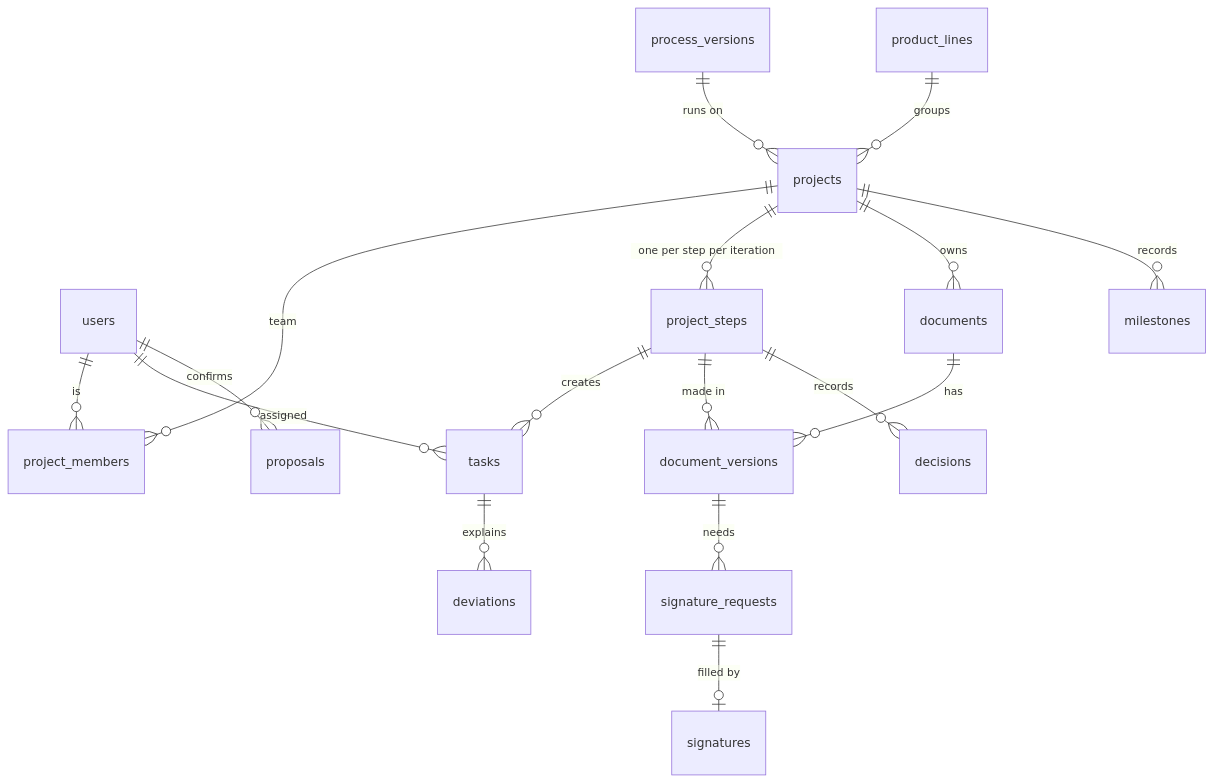
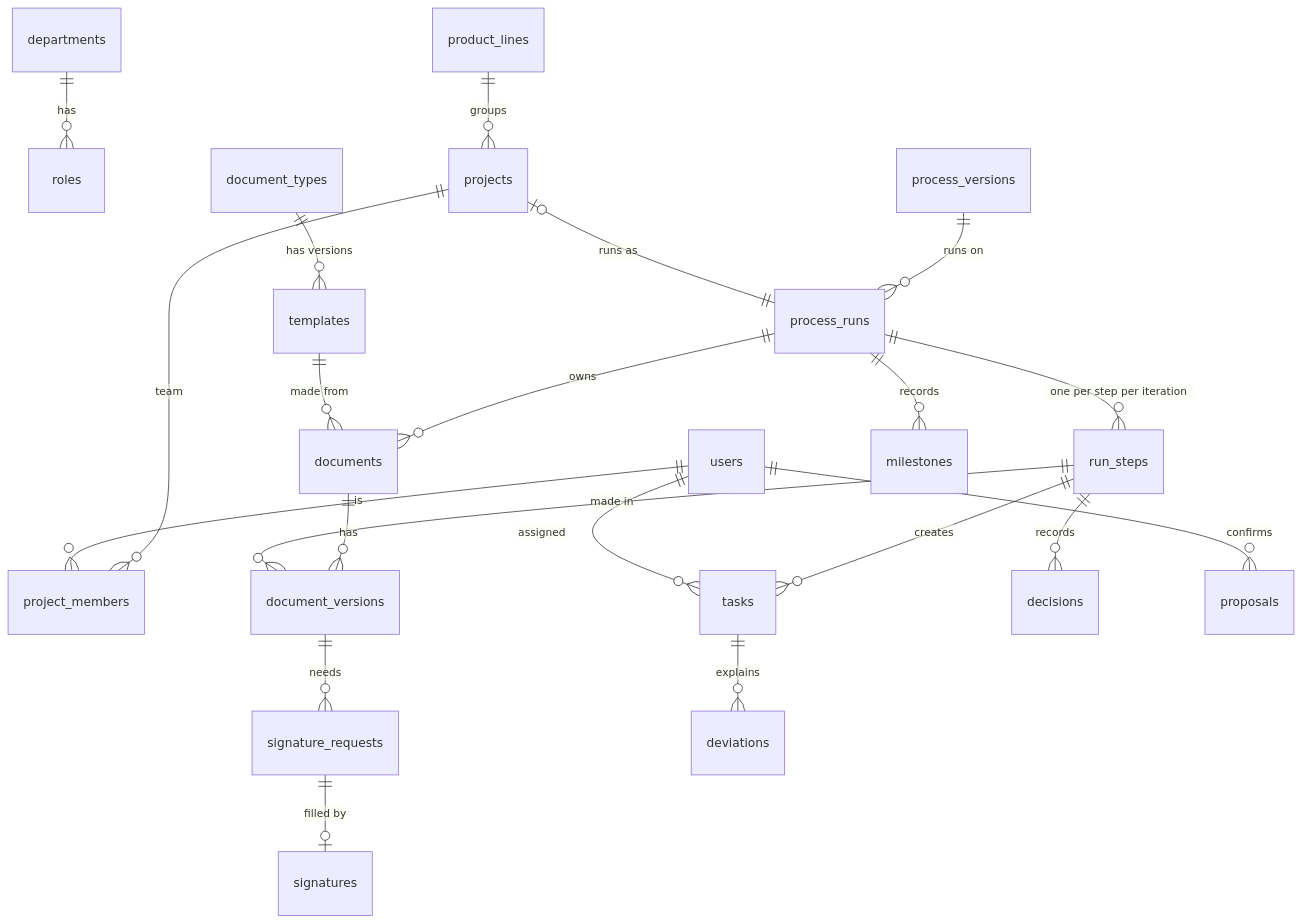
Before and after one commit to sharath101/coal: the diagram in docs/data-model.md, drawn with Mermaid. The commit also changed other lines of this file and 14 other files, not shown here.

````diff
--- a/docs/data-model.md
+++ b/docs/data-model.md
@@ -22,19 +27,23 @@
 ```mermaid
 erDiagram
-  process_versions ||--o{ projects : "runs on"
+  departments ||--o{ roles : has
+  process_versions ||--o{ process_runs : "runs on"
+  projects |o--|| process_runs : "runs as"
   product_lines ||--o{ projects : groups
   projects ||--o{ project_members : team
   users ||--o{ project_members : is
-  projects ||--o{ project_steps : "one per step per iteration"
-  project_steps ||--o{ tasks : creates
+  process_runs ||--o{ run_steps : "one per step per iteration"
+  run_steps ||--o{ tasks : creates
   users ||--o{ tasks : "assigned"
-  projects ||--o{ documents : owns
+  process_runs ||--o{ documents : owns
+  document_types ||--o{ templates : "has versions"
+  templates ||--o{ documents : "made from"
   documents ||--o{ document_versions : has
-  project_steps ||--o{ document_versions : "made in"
+  run_steps ||--o{ document_versions : "made in"
   document_versions ||--o{ signature_requests : needs
   signature_requests ||--o| signatures : "filled by"
-  project_steps ||--o{ decisions : records
-  projects ||--o{ milestones : records
+  run_steps ||--o{ decisions : records
+  process_runs ||--o{ milestones : records
   tasks ||--o{ deviations : explains
   users ||--o{ proposals : "confirms"
 ```
````
